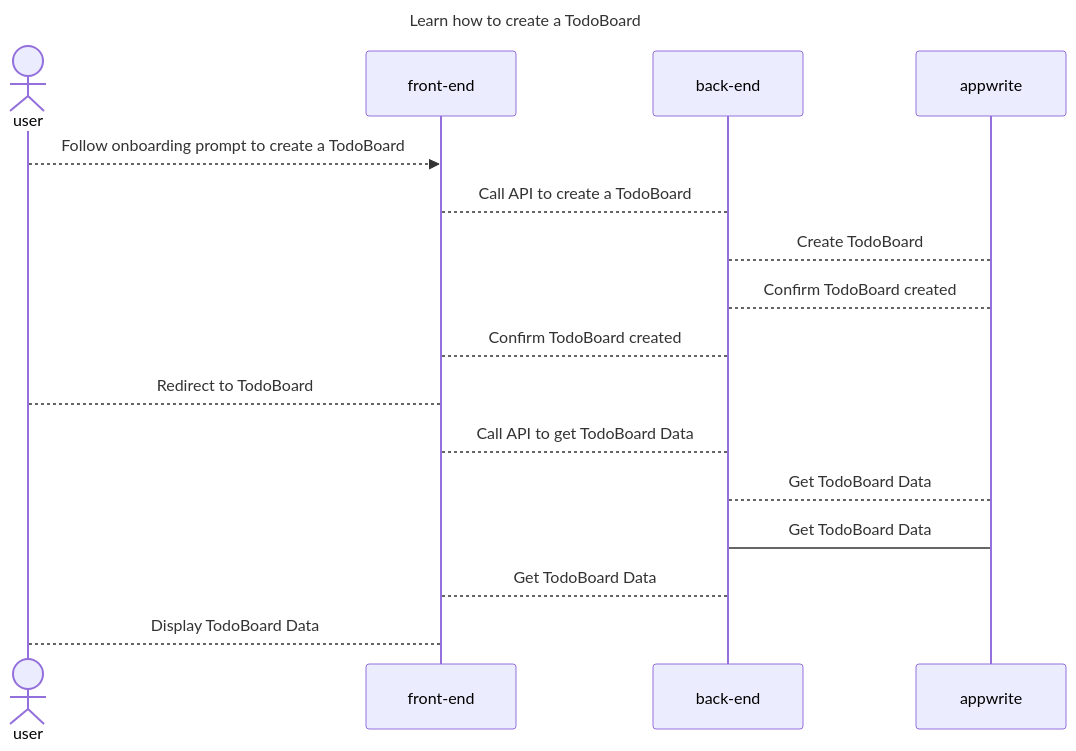
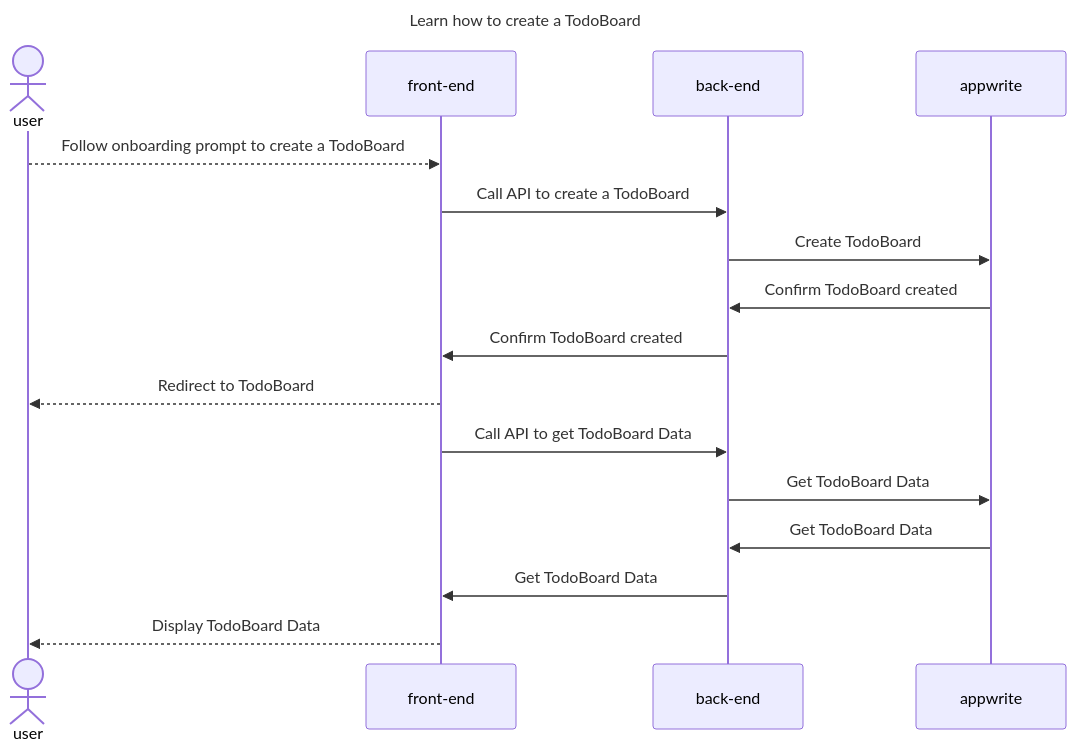
One commit to colinfwren/atomic-todo changed the third of 6 diagrams in docs/user-flows/account/flows/creating-an-account.md. Above: the diagram before and after it, drawn with Mermaid. The commit also changed other lines of this file, not shown here.

Commit message:
Fixing arrows in sequence diagrams

````diff
--- a/docs/user-flows/account/flows/creating-an-account.md
+++ b/docs/user-flows/account/flows/creating-an-account.md
@@ -78,22 +78,22 @@
 ```mermaid
 ---
 title: Learn how to create a TodoBoard
 ---
 sequenceDiagram
     actor user
     participant front-end
     participant back-end
     participant appwrite
 
     user-->>front-end: Follow onboarding prompt to create a TodoBoard
-    front-end-->back-end: Call API to create a TodoBoard
-    back-end-->appwrite: Create TodoBoard
-    appwrite-->back-end: Confirm TodoBoard created
-    back-end-->front-end: Confirm TodoBoard created
-    front-end-->user: Redirect to TodoBoard
-    front-end-->back-end: Call API to get TodoBoard Data
-    back-end-->appwrite: Get TodoBoard Data
-    appwrite->back-end: Get TodoBoard Data
-    back-end-->front-end: Get TodoBoard Data
-    front-end-->user: Display TodoBoard Data
+    front-end->>back-end: Call API to create a TodoBoard
+    back-end->>appwrite: Create TodoBoard
+    appwrite->>back-end: Confirm TodoBoard created
+    back-end->>front-end: Confirm TodoBoard created
+    front-end-->>user: Redirect to TodoBoard
+    front-end->>back-end: Call API to get TodoBoard Data
+    back-end->>appwrite: Get TodoBoard Data
+    appwrite->>back-end: Get TodoBoard Data
+    back-end->>front-end: Get TodoBoard Data
+    front-end-->>user: Display TodoBoard Data
 ```
````
